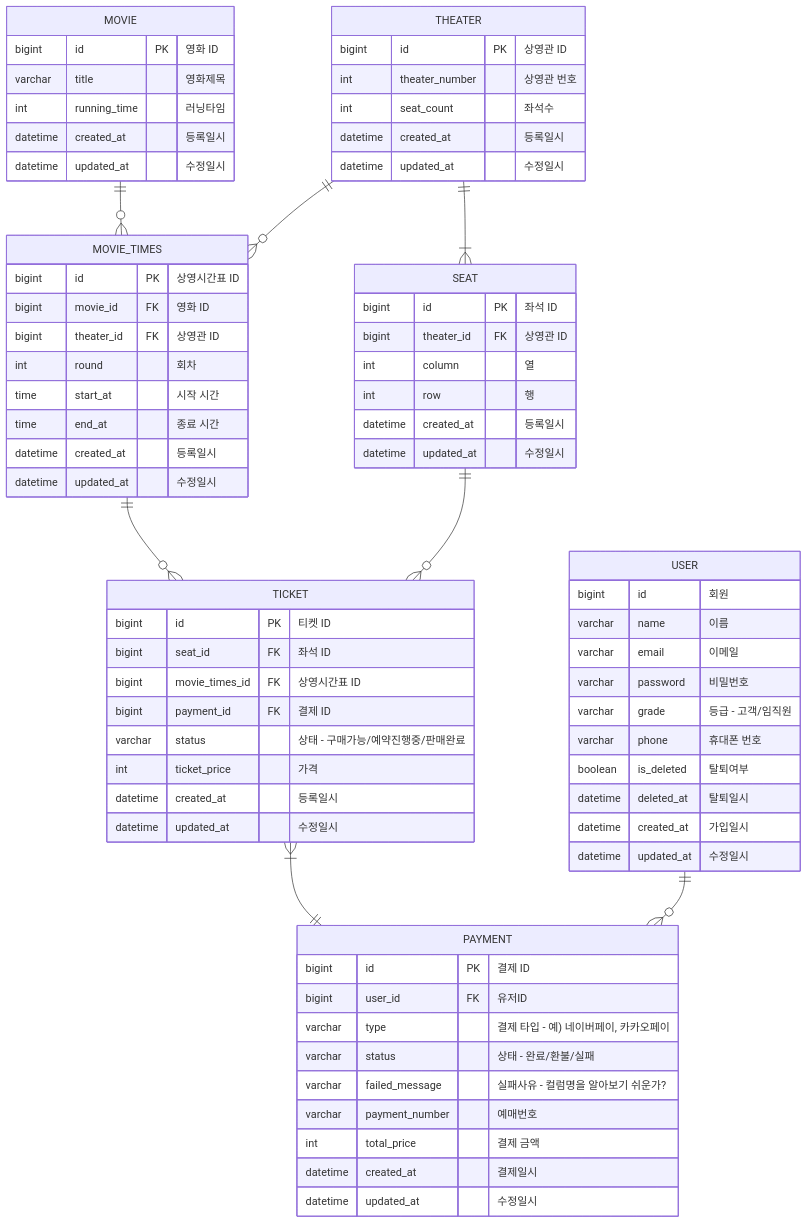
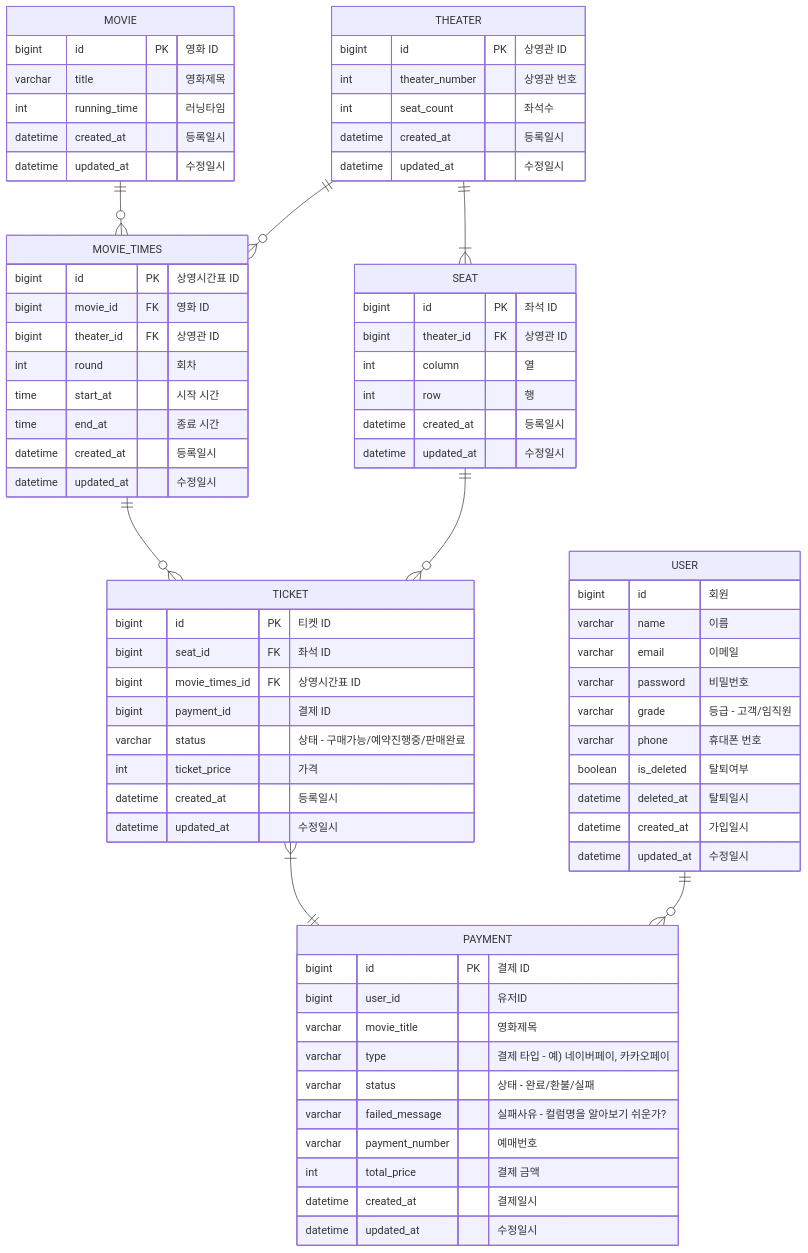
Before and after one commit to f-lab-edu/Ticketing: the diagram in README.md, drawn with Mermaid.

````diff
--- a/README.md
+++ b/README.md
@@ -45,75 +45,76 @@
 ``` mermaid
 erDiagram
     MOVIE ||--o{ MOVIE_TIMES : ""
     MOVIE {
         bigint id PK "영화 ID"
         varchar title "영화제목"
         int running_time "러닝타임"
         datetime created_at "등록일시"
         datetime updated_at "수정일시"
     }
     THEATER ||--o{ MOVIE_TIMES : ""
     THEATER ||--|{ SEAT : ""
     THEATER {
         bigint id PK "상영관 ID"
         int theater_number "상영관 번호"
         int seat_count "좌석수"
         datetime created_at "등록일시"
         datetime updated_at "수정일시"
     }
     SEAT ||--o{ TICKET : ""
     SEAT {
         bigint id PK "좌석 ID"
         bigint theater_id FK "상영관 ID"
         int column "열"
         int row "행"
         datetime created_at "등록일시"
         datetime updated_at "수정일시"
     }
     MOVIE_TIMES ||--o{ TICKET : ""
     MOVIE_TIMES {
         bigint id PK "상영시간표 ID"
         bigint movie_id FK "영화 ID"
         bigint theater_id FK "상영관 ID"
         int round "회차"
         time start_at "시작 시간"
         time end_at "종료 시간"
         datetime created_at "등록일시"
         datetime updated_at "수정일시"
     }
     TICKET {
         bigint id PK "티켓 ID"
         bigint seat_id FK "좌석 ID"
         bigint movie_times_id FK "상영시간표 ID"
-        bigint payment_id FK "결제 ID"
+        bigint payment_id "결제 ID"
         varchar status "상태 - 구매가능/예약진행중/판매완료"
         int ticket_price "가격"
         datetime created_at "등록일시"
         datetime updated_at "수정일시"
     }
     TICKET }|--|| PAYMENT : ""
     PAYMENT {
         bigint id PK "결제 ID"
-        bigint user_id FK "유저ID"
+        bigint user_id "유저ID"
+        varchar movie_title "영화제목"
         varchar type "결제 타입 - 예) 네이버페이, 카카오페이"
         varchar status "상태 - 완료/환불/실패"
         varchar failed_message "실패사유 - 컬럼명을 알아보기 쉬운가?"
         varchar payment_number "예매번호"
         int total_price "결제 금액"
         datetime created_at "결제일시"
         datetime updated_at "수정일시"
     }
     USER ||--o{ PAYMENT : ""
     USER {
         bigint id "회원"
         varchar name "이름"
         varchar email "이메일"
         varchar password "비밀번호"
         varchar grade "등급 - 고객/임직원"
         varchar phone "휴대폰 번호"
         boolean is_deleted "탈퇴여부"
         datetime deleted_at "탈퇴일시"
         datetime created_at "가입일시"
         datetime updated_at "수정일시"
     }
 ```
````
